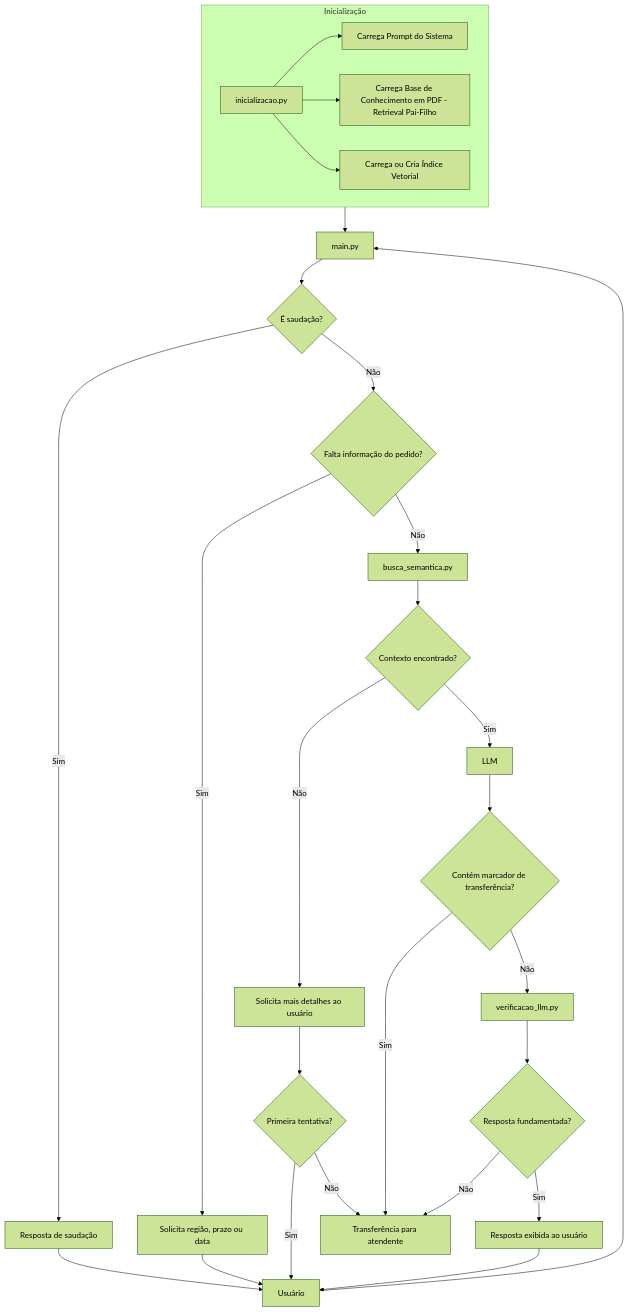
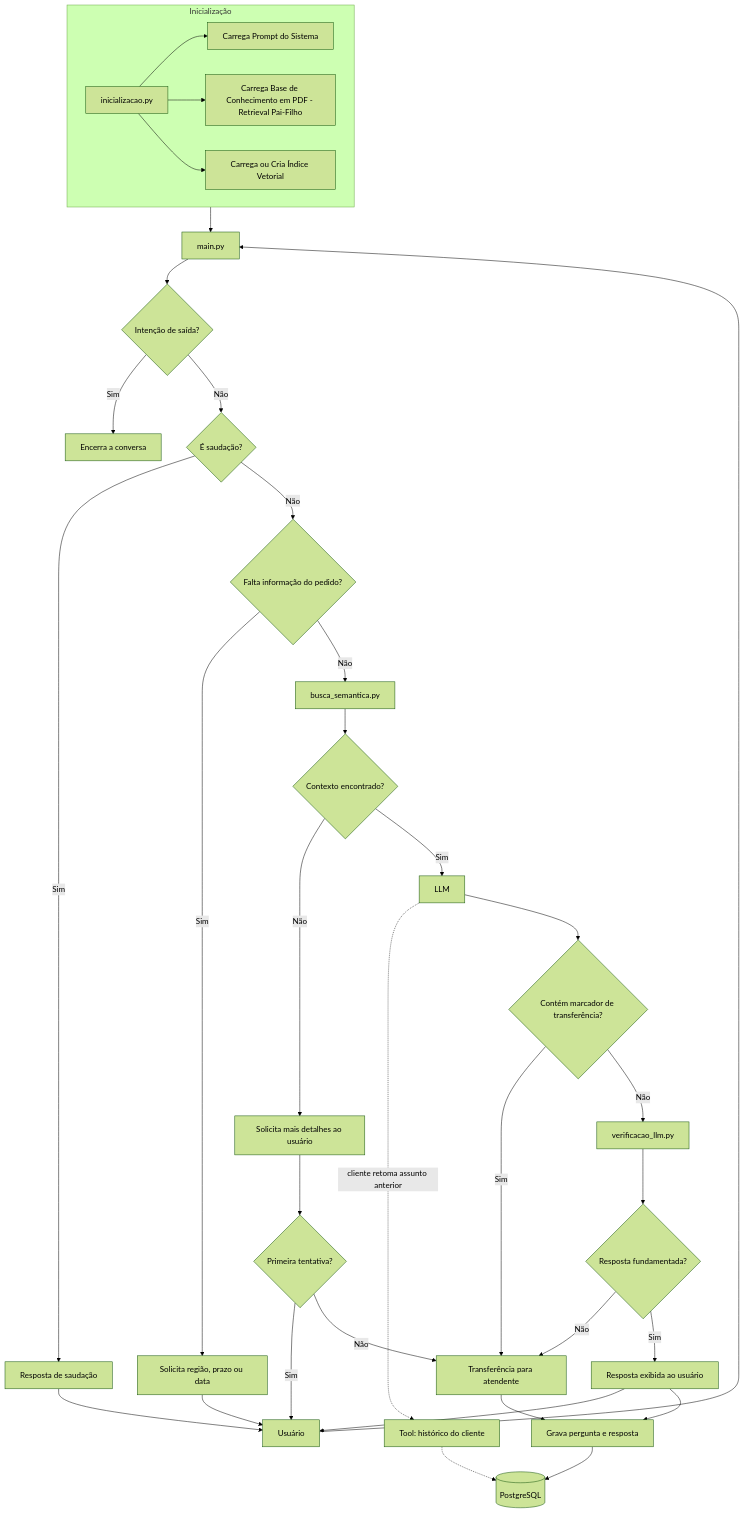
One commit to igormuccio/max-assistente changed the diagram in README.md. Above: the diagram before and after it, drawn with Mermaid (forest theme). The commit also changed other lines of this file, not shown here.

````diff
--- a/README.md
+++ b/README.md
@@ -63,40 +63,49 @@
 ```mermaid
 flowchart TD
     Usuario[Usuário]
     mainpy[main.py]
 
     subgraph Inicializacao [Inicialização]
         inicializacaopy[inicializacao.py] --> CarregaPrompt[Carrega Prompt do Sistema]
         inicializacaopy --> CarregaBase[Carrega Base de Conhecimento em PDF - Retrieval Pai-Filho]
         inicializacaopy --> CarregaIndice[Carrega ou Cria Índice Vetorial]
     end
 
     Inicializacao --> mainpy
     Usuario --> mainpy
-    mainpy --> Saudacao{É saudação?}
+    mainpy --> Saida{Intenção de saída?}
+
+    Saida -->|Sim| Encerra[Encerra a conversa]
+    Saida -->|Não| Saudacao{É saudação?}
 
     Saudacao -->|Sim| RespostaSaudacao[Resposta de saudação]
     RespostaSaudacao --> Usuario
 
     Saudacao -->|Não| FaltaInfo{Falta informação do pedido?}
     FaltaInfo -->|Sim| SolicitaInfo[Solicita região, prazo ou data]
     SolicitaInfo --> Usuario
 
     FaltaInfo -->|Não| buscapy[busca_semantica.py]
     buscapy --> ContextoEncontrado{Contexto encontrado?}
 
     ContextoEncontrado -->|Não| SolicitaDetalhes[Solicita mais detalhes ao usuário]
     SolicitaDetalhes --> PrimeiraTentativa{Primeira tentativa?}
     PrimeiraTentativa -->|Sim| Usuario
     PrimeiraTentativa -->|Não| Transferencia[Transferência para atendente]
 
     ContextoEncontrado -->|Sim| LLM[LLM]
+    LLM -.->|cliente retoma assunto anterior| Historico[Tool: histórico do cliente]
+    Historico -.-> BancoDados[(PostgreSQL)]
     LLM --> MarcadorTransferencia{Contém marcador de transferência?}
     MarcadorTransferencia -->|Sim| Transferencia
     MarcadorTransferencia -->|Não| verificacaopy[verificacao_llm.py]
 
     verificacaopy --> RespostaFundamentada{Resposta fundamentada?}
     RespostaFundamentada -->|Não| Transferencia
     RespostaFundamentada -->|Sim| RespostaExibida[Resposta exibida ao usuário]
     RespostaExibida --> Usuario
+
+    RespostaExibida --> Grava[Grava pergunta e resposta]
+    Transferencia --> Grava
+    Grava --> BancoDados
 ```
````
